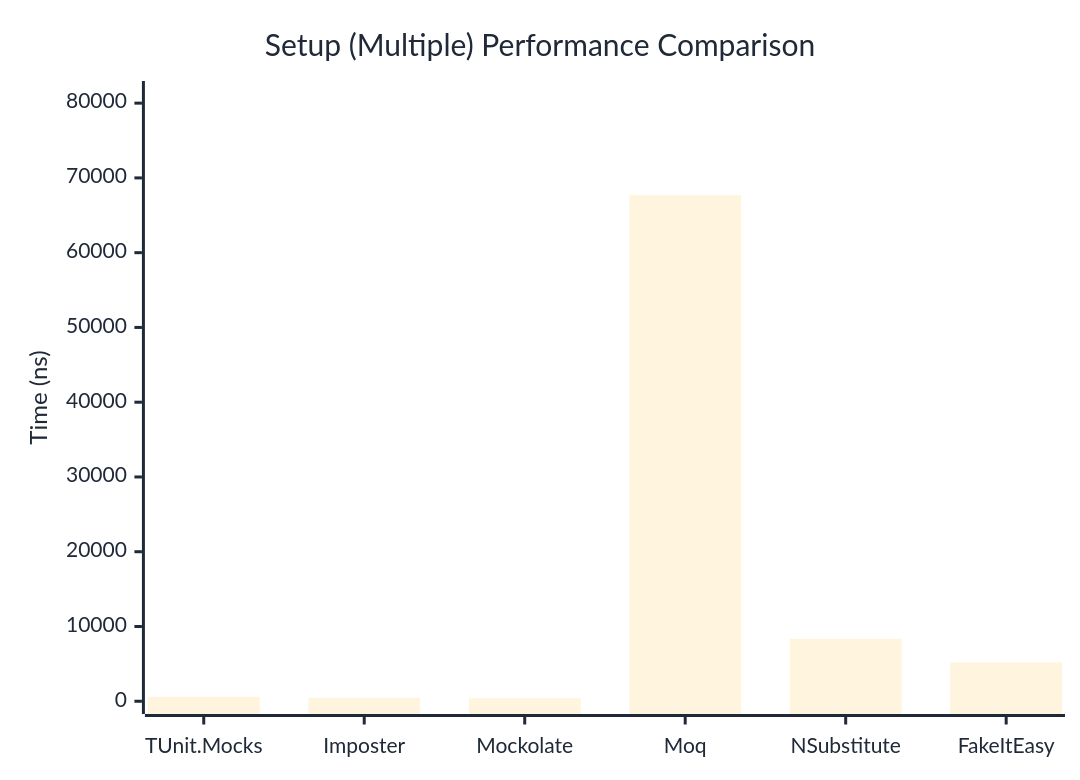
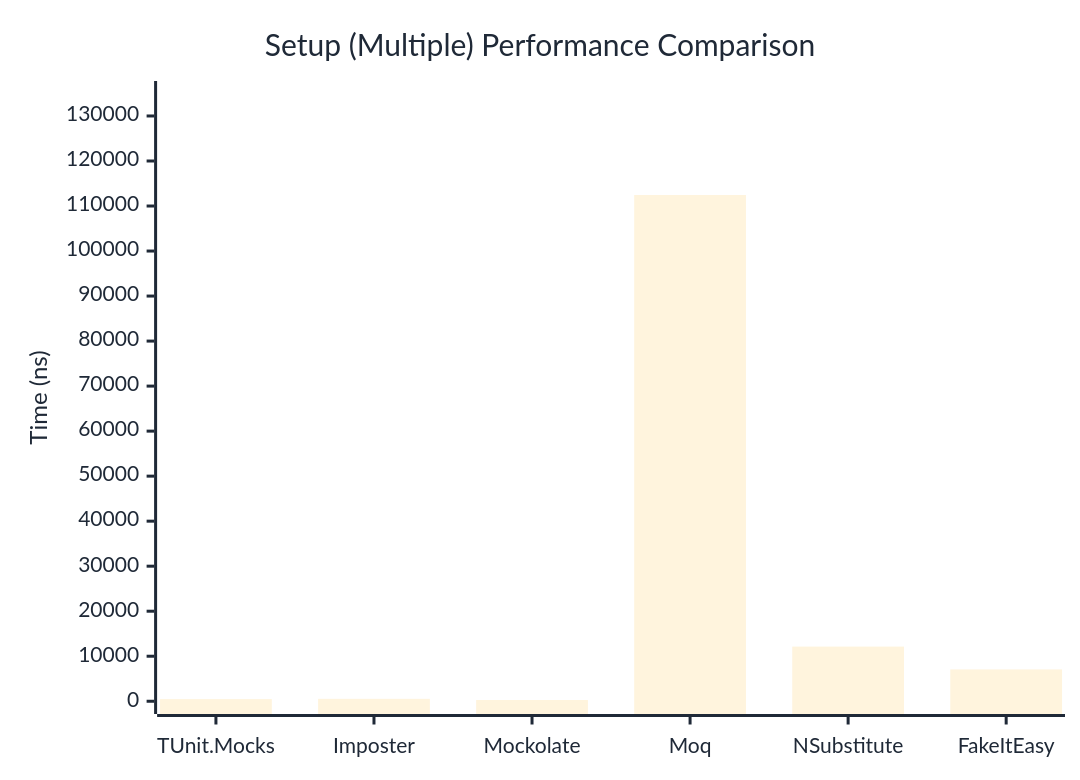
One commit to thomhurst/TUnit changed the second of 2 diagrams in docs/docs/benchmarks/mocks/Setup.md. Above: the diagram before and after it, drawn with Mermaid. The commit also changed other lines of this file and 14 other files, not shown here.

````diff
--- a/docs/docs/benchmarks/mocks/Setup.md
+++ b/docs/docs/benchmarks/mocks/Setup.md
@@ -71,27 +71,27 @@
 ```mermaid
 %%{init: {
   'theme':'base',
   'themeVariables': {
     'primaryColor': '#2563eb',
     'primaryTextColor': '#1f2937',
     'primaryBorderColor': '#1e40af',
     'lineColor': '#6b7280',
     'secondaryColor': '#7c3aed',
     'tertiaryColor': '#dc2626',
     'background': '#ffffff',
     'pie1': '#2563eb',
     'pie2': '#7c3aed',
     'pie3': '#dc2626',
     'pie4': '#f59e0b',
     'pie5': '#10b981',
     'pie6': '#06b6d4',
     'pie7': '#ec4899',
     'pie8': '#6366f1'
   }
 }}%%
 xychart-beta
   title "Setup (Multiple) Performance Comparison"
   x-axis ["TUnit.Mocks", "Imposter", "Mockolate", "Moq", "NSubstitute", "FakeItEasy"]
-  y-axis "Time (ns)" 0 --> 81257
-  bar [591.8, 447.7, 402.3, 67713.7, 8354.8, 5194.7]
+  y-axis "Time (ns)" 0 --> 134937
+  bar [474.2, 536.3, 273, 112447.5, 12138.3, 7073.2]
 ```
````
